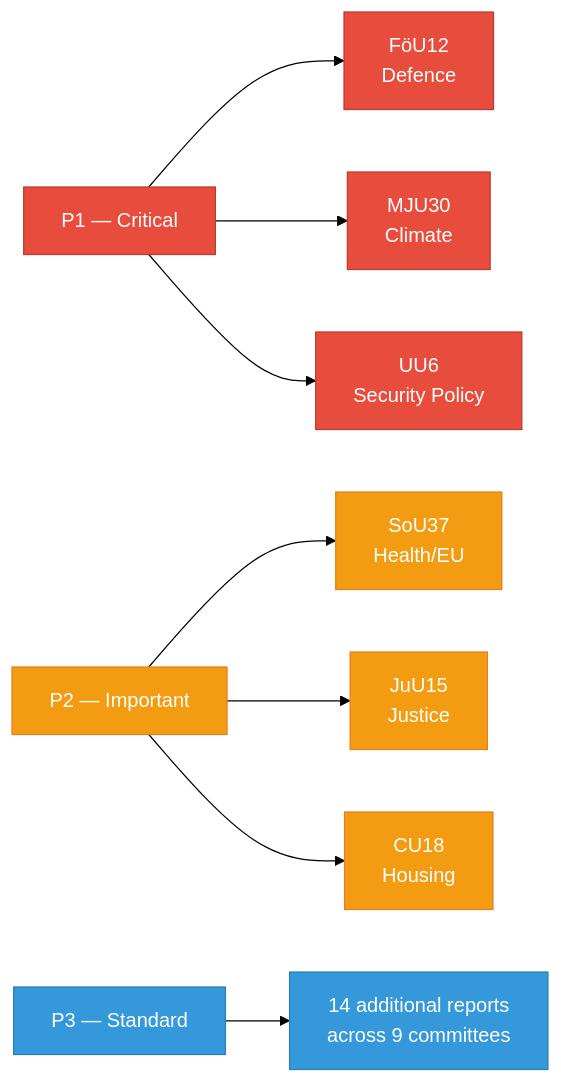
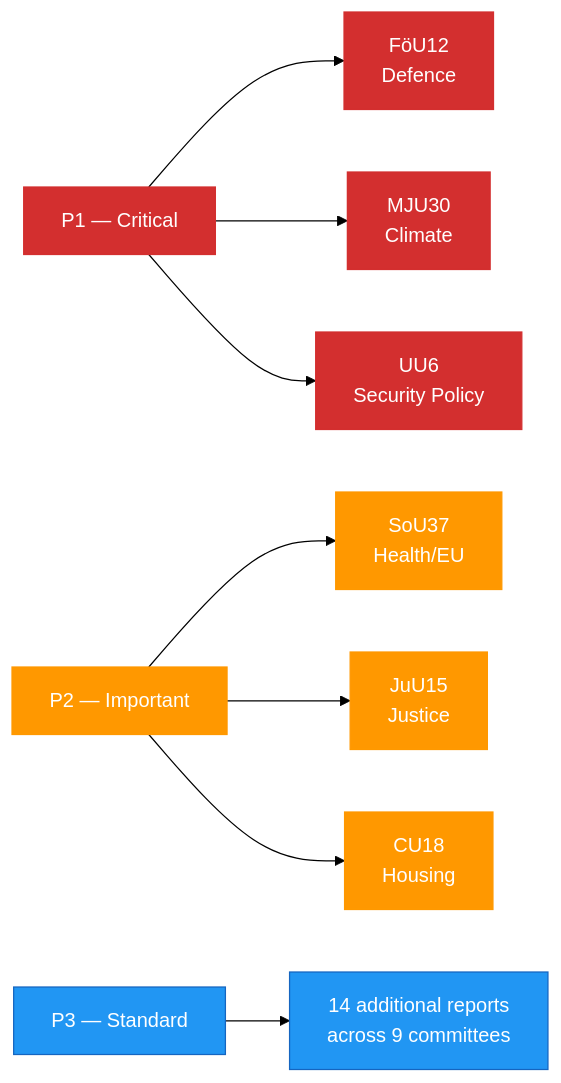
Before and after one commit to Hack23/riksdagsmonitor: the third of 3 diagrams in analysis/daily/2026-04-08/committeeReports/classification-results.md, drawn with Mermaid (forest theme). The commit also changed 785 other files, not shown here.

First line of the commit message:
Normalize mermaid colors across 786 analysis artifacts to ISMS Style Guide palette

````diff
--- a/analysis/daily/2026-04-08/committeeReports/classification-results.md
+++ b/analysis/daily/2026-04-08/committeeReports/classification-results.md
@@ -58,20 +58,20 @@
 ```mermaid
 flowchart LR
-    classDef p1 fill:#e74c3c,stroke:#c0392b,color:#fff
-    classDef p2 fill:#f39c12,stroke:#e67e22,color:#fff
-    classDef p3 fill:#3498db,stroke:#2980b9,color:#fff
+    classDef p1 fill:#D32F2F,stroke:#D32F2F,color:#FFFFFF
+    classDef p2 fill:#FF9800,stroke:#FF9800,color:#FFFFFF
+    classDef p3 fill:#2196F3,stroke:#1565C0,color:#FFFFFF
 
     P1["P1 — Critical"]:::p1
     P2["P2 — Important"]:::p2
     P3["P3 — Standard"]:::p3
 
     P1 --> FoU12["FöU12<br/>Defence"]:::p1
     P1 --> MJU30["MJU30<br/>Climate"]:::p1
     P1 --> UU6["UU6<br/>Security Policy"]:::p1
 
     P2 --> SoU37["SoU37<br/>Health/EU"]:::p2
     P2 --> JuU15["JuU15<br/>Justice"]:::p2
     P2 --> CU18["CU18<br/>Housing"]:::p2
 
     P3 --> OTHER["14 additional reports<br/>across 9 committees"]:::p3
 ```
````
